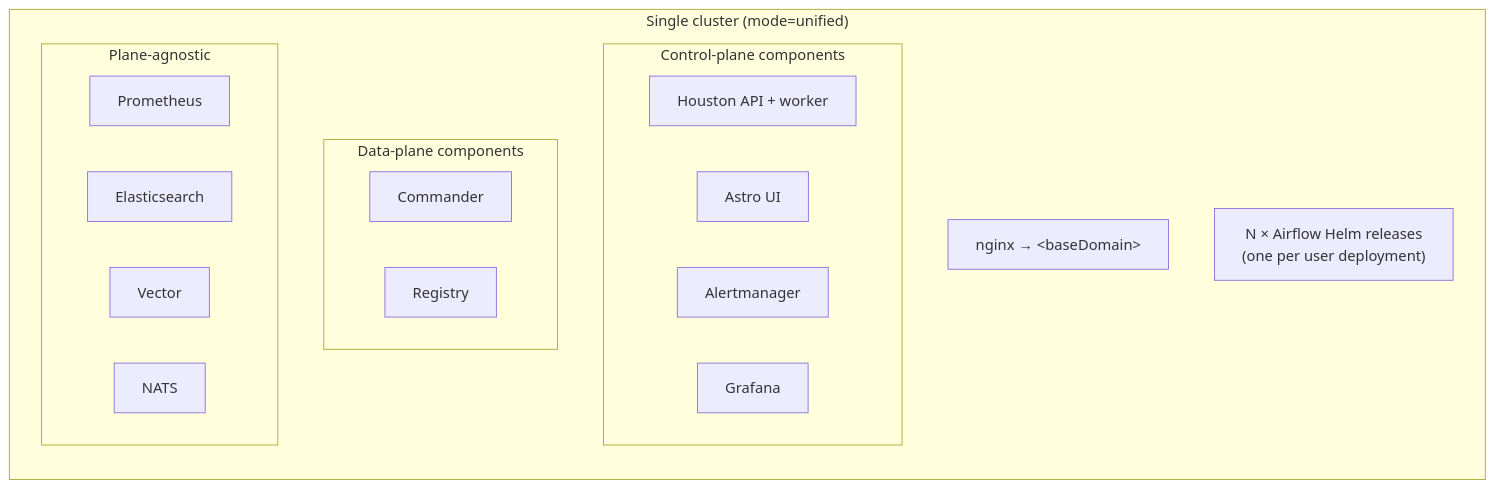
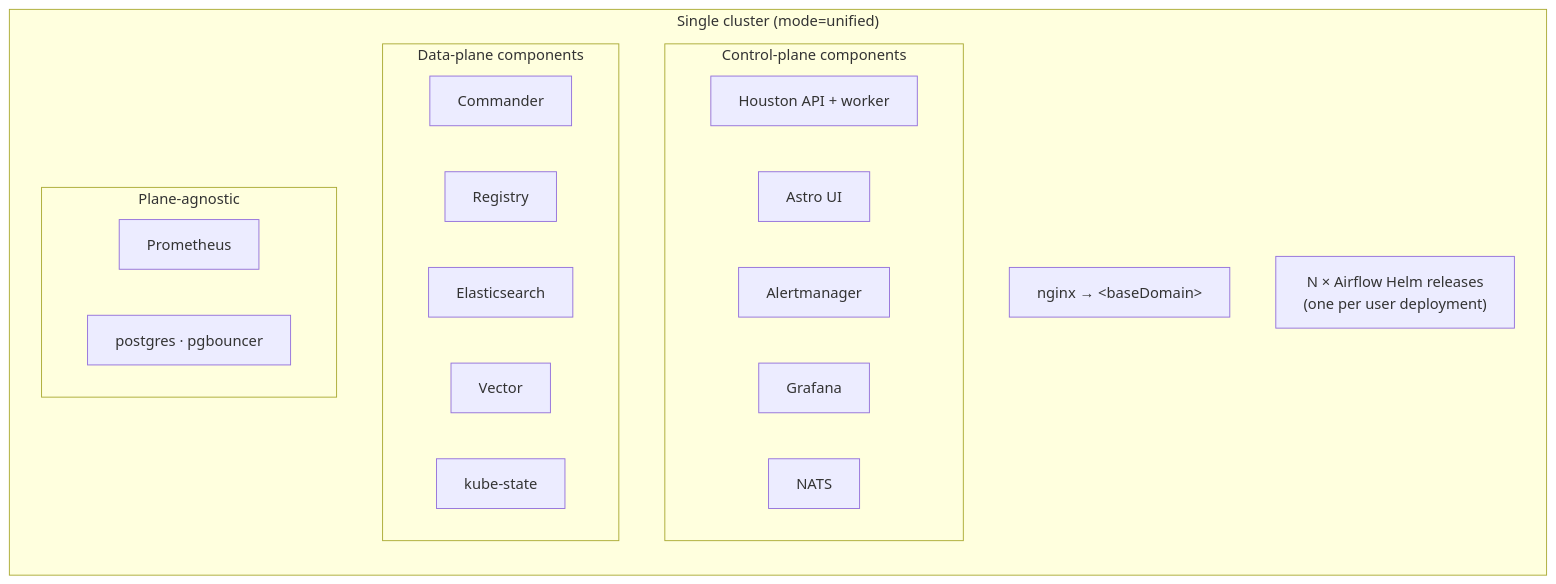
One commit to astronomer/astronomer changed the first of 3 diagrams in docs/architecture.md. Above: the diagram before and after it, drawn with Mermaid. The commit also changed other lines of this file, not shown here.

Commit message:
Correct misinformation about where components live in each plane config

````diff
--- a/docs/architecture.md
+++ b/docs/architecture.md
@@ -119,24 +119,26 @@
 ```mermaid
 flowchart TB
     subgraph cluster["Single cluster (mode=unified)"]
         direction TB
         subgraph cp_components["Control-plane components"]
             houston["Houston API + worker"]
             ui["Astro UI"]
             alertmanager["Alertmanager"]
             grafana["Grafana"]
+            nats["NATS"]
         end
         subgraph dp_components["Data-plane components"]
             commander["Commander"]
             registry["Registry"]
-        end
-        subgraph shared["Plane-agnostic"]
-            prom["Prometheus"]
             es["Elasticsearch"]
             vector["Vector"]
-            nats["NATS"]
+            kube_state["kube-state"]
+        end
+        subgraph infra["Plane-agnostic"]
+            prom["Prometheus"]
+            pg["postgres · pgbouncer"]
         end
         nginx["nginx → &lt;baseDomain&gt;"]
         airflow["N × Airflow Helm releases<br/>(one per user deployment)"]
     end
 ```
````
